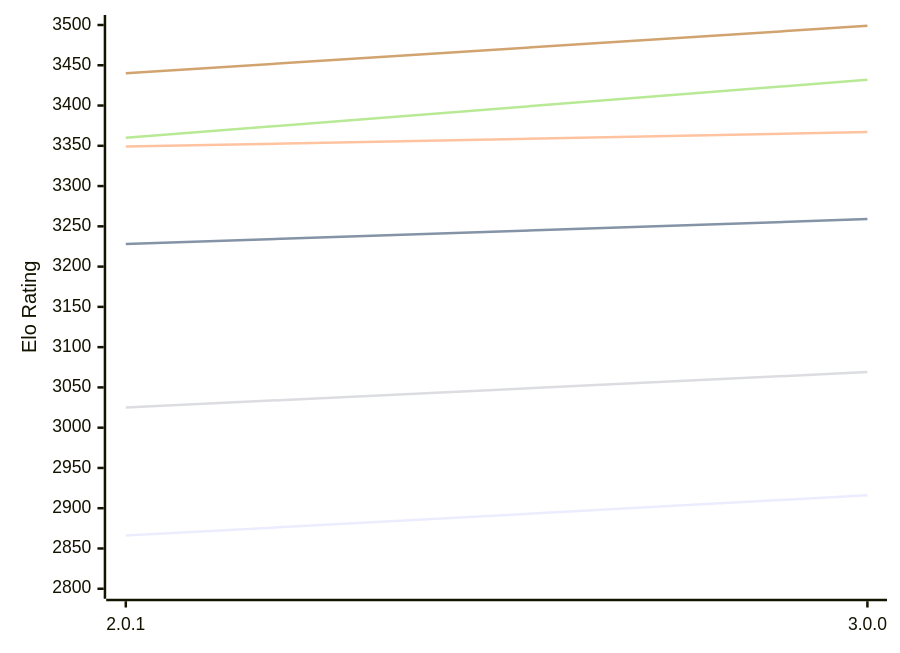
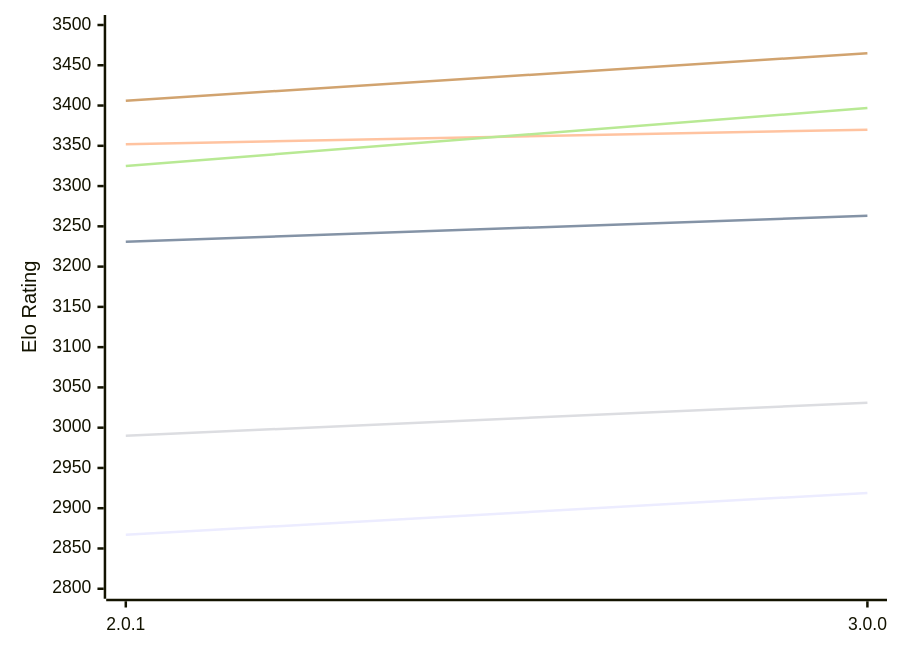
One commit to computer-chess-index/cci changed the first of 2 diagrams in engines/Grail.md. Above: the diagram before and after it, drawn with Mermaid. The commit also changed other lines of this file, not shown here.

Commit message:
Update CCI Ratings (ELO VLTC) - 2026-10-23

````diff
--- a/engines/Grail.md
+++ b/engines/Grail.md
@@ -56,12 +56,12 @@
 ```mermaid
 %%{init: {"theme":"base","themeVariables":{"seriesColors:['#a3a3a3','#222221','#faa371']}}}%%
 xychart-beta
   x-axis ["2.0.1", "3.0.0"]
   y-axis "Elo Rating" 2800 --> 3500
-  line "E1: STC (8.0+0.08s)" [2866, 2916]
-  line "E1: LTC (60.0+0.60s)" [3228, 3259]
-  line "E1: VLTC (2m24s+1.12s)" [3349, 3367]
-  line "P1: STC (8.0+0.08s)" [3025, 3069]
-  line "P1: LTC (60.0+0.60s)" [3360, 3432]
-  line "P1: VLTC (2m24s+1.12s)" [3440, 3499]
+  line "E1: STC (8.0+0.08s)" [2867, 2919]
+  line "E1: LTC (60.0+0.60s)" [3231, 3263]
+  line "E1: VLTC (2m24s+1.12s)" [3352, 3370]
+  line "P1: STC (8.0+0.08s)" [2990, 3031]
+  line "P1: LTC (60.0+0.60s)" [3325, 3397]
+  line "P1: VLTC (2m24s+1.12s)" [3406, 3465]
 ```
````
